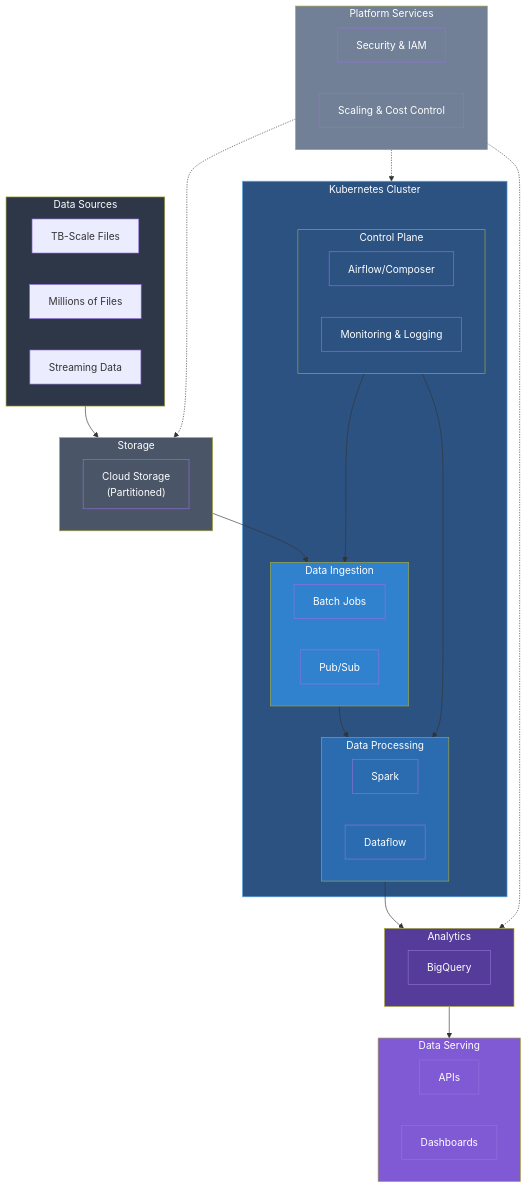
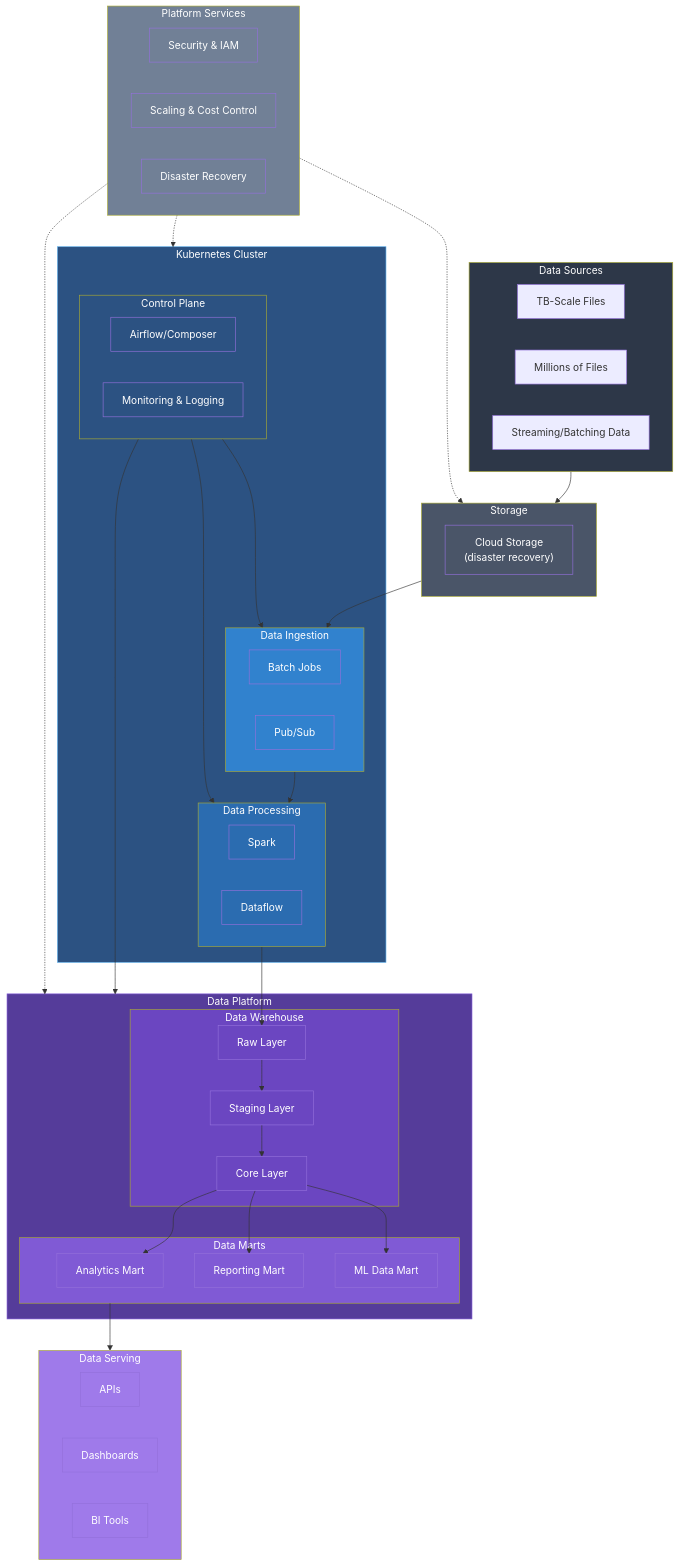
Before and after one commit to educep/mle_test: the diagram in README.md, drawn with Mermaid.

Commit message:
corrects typos in README

````diff
--- a/README.md
+++ b/README.md
@@ -265,13 +265,14 @@
     subgraph Sources["Data Sources"]
         S1["TB-Scale Files"]
         S2["Millions of Files"]
-        S3["Streaming Data"]
+        S3["Streaming/Batching Data"]
         style Sources fill:#2D3748,color:white
     end
 
     %% Storage Layer
     subgraph Storage["Storage"]
-        GCS["Cloud Storage\n(Partitioned)"]
+        GCS["Cloud Storage
+        (disaster recovery)"]
         style Storage fill:#4A5568,color:white
         style GCS fill:#4A5568,color:white
     end
@@ -305,44 +306,78 @@
         end
     end
 
-    %% Data Warehouse
-    subgraph Analytics["Analytics"]
-        BQ["BigQuery"]
-        style Analytics fill:#553C9A,color:white
-        style BQ fill:#553C9A,color:white
+    %% Data Warehouse and Data Mart
+    subgraph DataPlatform["Data Platform"]
+        style DataPlatform fill:#553C9A,color:white,stroke:#805AD5
+
+        subgraph Warehouse["Data Warehouse"]
+            RawDWH["Raw Layer"]
+            StagingDWH["Staging Layer"]
+            CoreDWH["Core Layer"]
+            style Warehouse fill:#6B46C1,color:white
+            style RawDWH fill:#6B46C1,color:white
+            style StagingDWH fill:#6B46C1,color:white
+            style CoreDWH fill:#6B46C1,color:white
+        end
+
+        subgraph DataMart["Data Marts"]
+            AnalyticsDM["Analytics Mart"]
+            ReportingDM["Reporting Mart"]
+            MLDataDM["ML Data Mart"]
+            style DataMart fill:#805AD5,color:white
+            style AnalyticsDM fill:#805AD5,color:white
+            style ReportingDM fill:#805AD5,color:white
+            style MLDataDM fill:#805AD5,color:white
+        end
     end
 
     %% Cross-cutting Concerns
     subgraph CrossCutting["Platform Services"]
         Security["Security & IAM"]
         Optimization["Scaling & Cost Control"]
+        DisasterRecovery["Disaster Recovery"]
         style CrossCutting fill:#718096,color:white
         style Security fill:#718096,color:white
         style Optimization fill:#718096,color:white
+        style DisasterRecovery fill:#718096,color:white
     end
 
     %% Serving Layer
     subgraph Serving["Data Serving"]
         API["APIs"]
         Dashboard["Dashboards"]
-        style Serving fill:#805AD5,color:white
-        style API fill:#805AD5,color:white
-        style Dashboard fill:#805AD5,color:white
+        Looker["BI Tools"]
+        style Serving fill:#9F7AEA,color:white
+        style API fill:#9F7AEA,color:white
+        style Dashboard fill:#9F7AEA,color:white
+        style Looker fill:#9F7AEA,color:white
     end
 
     %% Data Flow - Main Path
     Sources --> Storage
     Storage --> Ingestion
     Ingestion --> Processing
-    Processing --> Analytics
-    Analytics --> Serving
+
+    %% Warehouse Flow
+    Processing --> RawDWH
+    RawDWH --> StagingDWH
+    StagingDWH --> CoreDWH
+
+    %% Data Mart Flow
+    CoreDWH --> AnalyticsDM
+    CoreDWH --> ReportingDM
+    CoreDWH --> MLDataDM
+
+    %% Serving Flow
+    DataMart --> Serving
 
     %% Control Flows
     Control ---> Ingestion
     Control ---> Processing
+    Control ---> DataPlatform
 
     %% Cross-cutting Concerns
     CrossCutting -.-> K8s
     CrossCutting -.-> Storage
-    CrossCutting -.-> Analytics
+    CrossCutting -.-> DataPlatform
 ```
````
